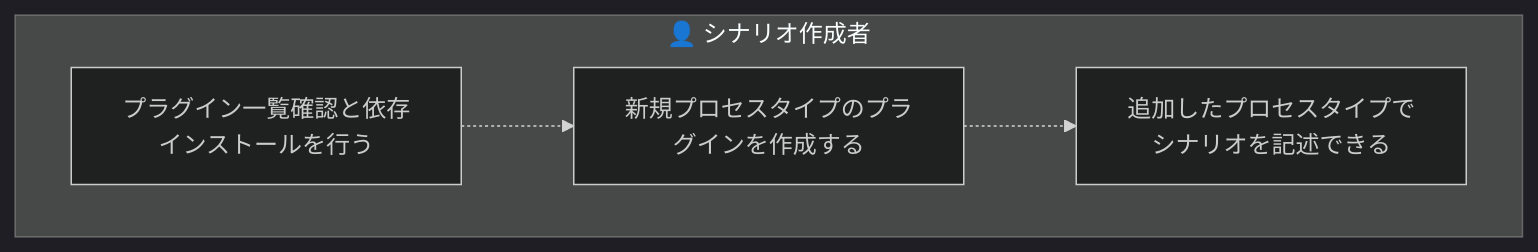
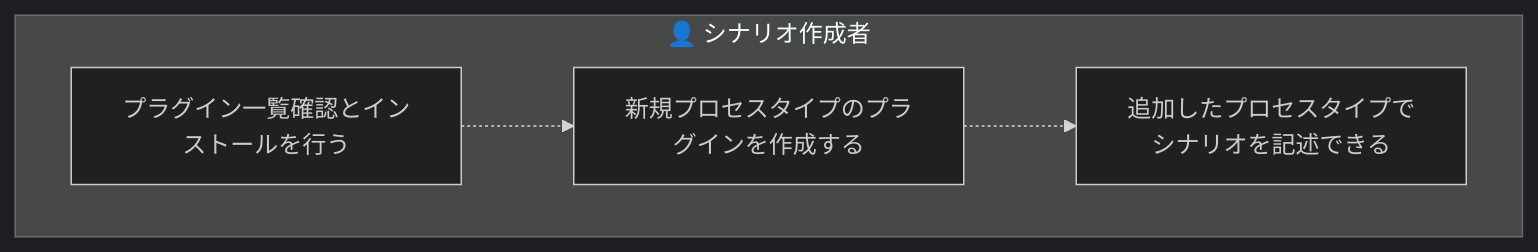
The sixth of 8 diagrams in docs/rdra/latest/views/03_業務フロー.md (scenario-test-framework/stfw), drawn with Mermaid (dark theme) before and after one commit. The commit also changed other lines of this file and 22 other files, not shown here.

First line of the commit message:
docs(requirements): v1.0 リアーキテクティングを USDM/RDRA に反映 (event: 20260708_084933_v1_rearchitecting)

````diff
--- a/docs/rdra/latest/views/03_業務フロー.md
+++ b/docs/rdra/latest/views/03_業務フロー.md
@@ -147,10 +144,10 @@
 ```mermaid
 graph TD
   subgraph LN1["👤 シナリオ作成者"]
-    AT1["プラグイン一覧確認と依存インストールを行う"]
+    AT1["プラグイン一覧確認とインストールを行う"]
     AT2["新規プロセスタイプのプラグインを作成する"]
     AT3["追加したプロセスタイプでシナリオを記述できる"]
   end
   AT1 -.-> AT2
   AT2 -.-> AT3
 ```
````
